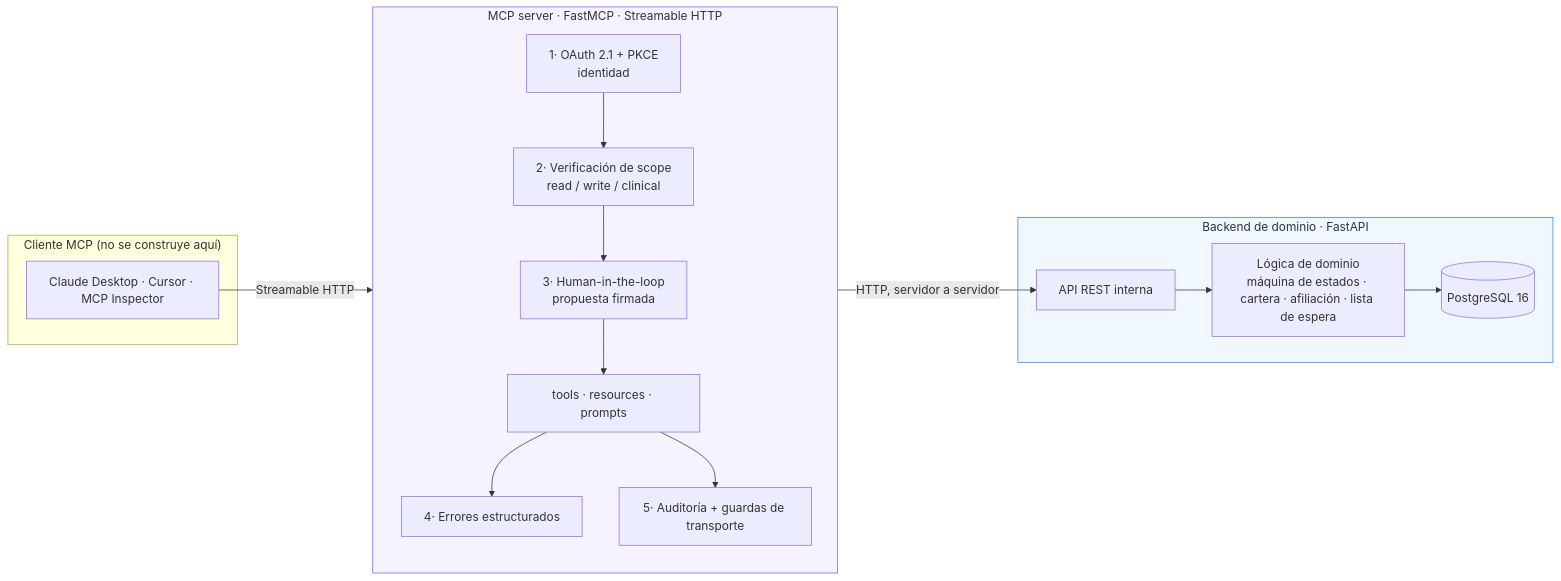
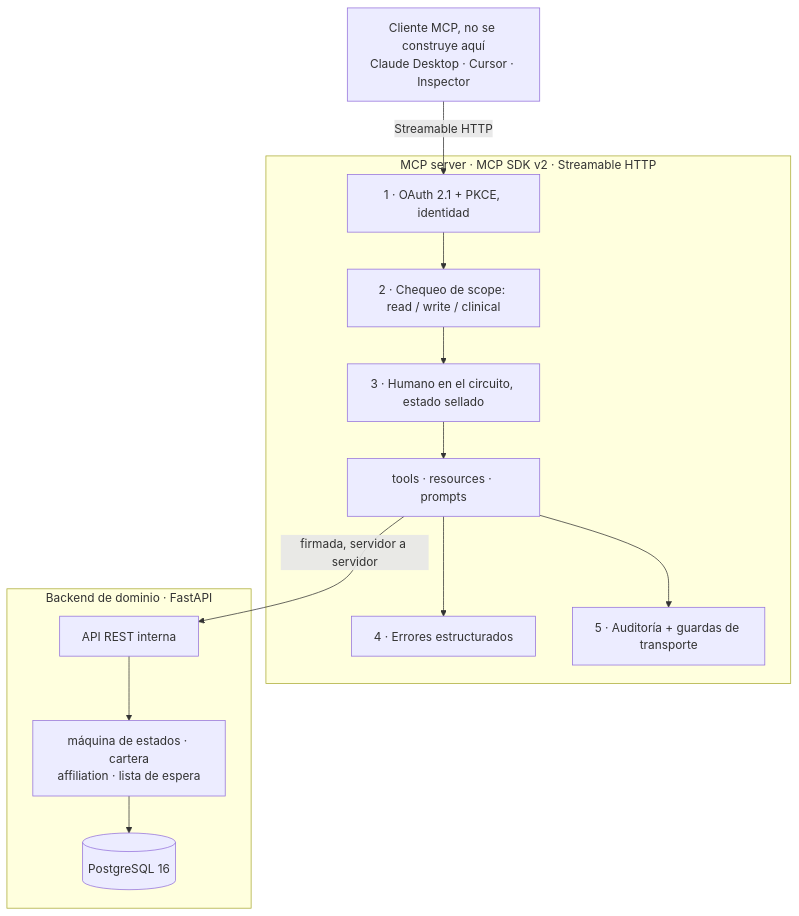
Before and after one commit to dylanbc1/dental-clinic-mcp-server: the first of 3 diagrams in docs/architecture.es.md, drawn with Mermaid. The commit also changed 3 other files, not shown here.

First line of the commit message:
docs: shrink the diagrams GitHub was refusing to render

````diff
--- a/docs/architecture.es.md
+++ b/docs/architecture.es.md
@@ -7,31 +7,23 @@
 ```mermaid
-flowchart LR
-    subgraph client["Cliente MCP (no se construye aquí)"]
-        C["Claude Desktop · Cursor · MCP Inspector"]
+flowchart TB
+    C["Cliente MCP, no se construye aquí<br/>Claude Desktop · Cursor · Inspector"]
+    subgraph mcp["MCP server · MCP SDK v2 · Streamable HTTP"]
+      A1["1 · OAuth 2.1 + PKCE, identidad"]
+      A2["2 · Chequeo de scope: read / write / clinical"]
+      A3["3 · Humano en el circuito, estado sellado"]
+      T["tools · resources · prompts"]
+      A4["4 · Errores estructurados"]
+      A5["5 · Auditoría + guardas de transporte"]
+      A1 --> A2 --> A3 --> T
+      T --> A4
+      T --> A5
     end
-
-    subgraph mcp["MCP server · FastMCP · Streamable HTTP"]
-        direction TB
-        A1["1· OAuth 2.1 + PKCE<br/>identidad"]
-        A2["2· Verificación de scope<br/>read / write / clinical"]
-        A3["3· Human-in-the-loop<br/>propuesta firmada"]
-        T["tools · resources · prompts"]
-        A4["4· Errores estructurados"]
-        A5["5· Auditoría + guardas de transporte"]
-        A1 --> A2 --> A3 --> T --> A4
-        T --> A5
+    subgraph backend["Backend de dominio · FastAPI"]
+      API["API REST interna"]
+      DOM["máquina de estados · cartera<br/>affiliation · lista de espera"]
+      DB[("PostgreSQL 16")]
+      API --> DOM --> DB
     end
-
-    subgraph backend["Backend de dominio · FastAPI"]
-        API["API REST interna"]
-        DOM["Lógica de dominio<br/>máquina de estados · cartera · afiliación · lista de espera"]
-        DB[("PostgreSQL 16")]
-        API --> DOM --> DB
-    end
-
-    C -- "Streamable HTTP" --> A1
-    T -- "HTTP, servidor a servidor" --> API
-
-    style mcp fill:#f6f2ff,stroke:#7c5cff
-    style backend fill:#f0f7ff,stroke:#3b82f6
+    C -->|"Streamable HTTP"| A1
+    T -->|"firmada, servidor a servidor"| API
 ```
````
